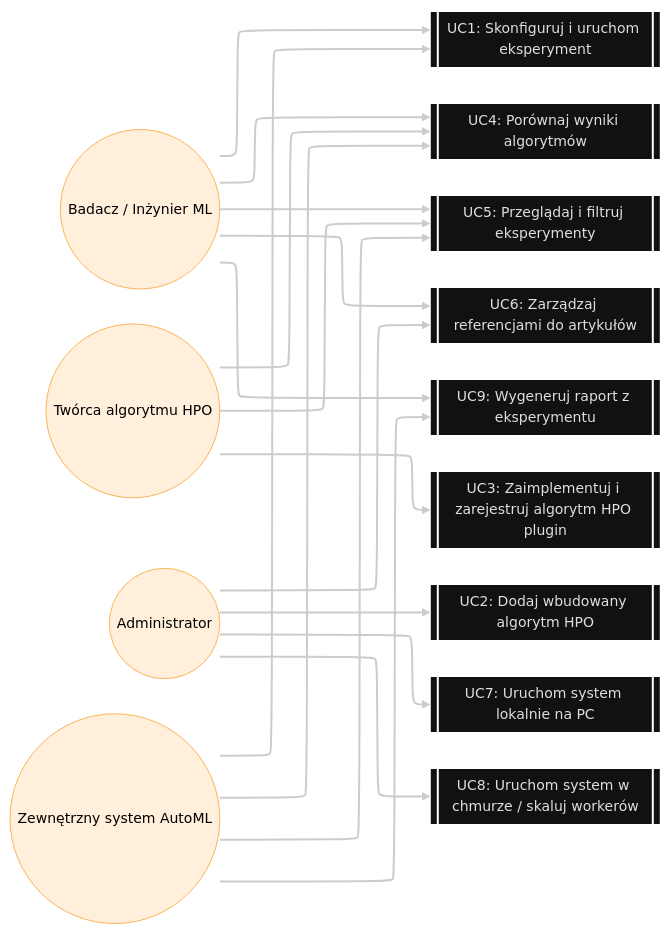
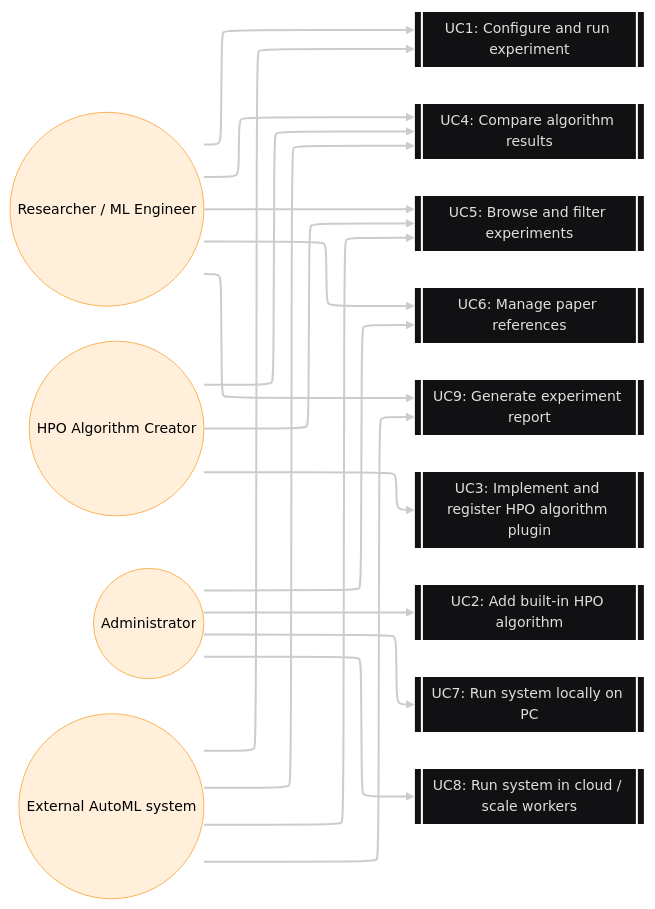
The first of 33 diagrams in docs/requirements/use-cases.md (jedrzejpolaczek/aviarium.corvidae.corvus_corone), drawn with Mermaid before and after one commit. The commit also changed other lines of this file and 21 other files, not shown here.

````diff
--- a/docs/requirements/use-cases.md
+++ b/docs/requirements/use-cases.md
@@ -9,21 +9,21 @@
 ```mermaid
 ---
 config:
   layout: elk
   theme: redux-dark
 ---
 flowchart LR
-    A1(("Badacz / Inżynier ML")) --> UC1[["UC1: Skonfiguruj i uruchom eksperyment"]] & UC4[["UC4: Porównaj wyniki algorytmów"]] & UC5[["UC5: Przeglądaj i filtruj eksperymenty"]] & UC6[["UC6: Zarządzaj referencjami do artykułów"]] & UC9[["UC9: Wygeneruj raport z eksperymentu"]]
-    A2(("Twórca algorytmu HPO")) --> UC3[["UC3: Zaimplementuj i zarejestruj algorytm HPO plugin"]] & UC4 & UC5
-    A3(("Administrator")) --> UC2[["UC2: Dodaj wbudowany algorytm HPO"]] & UC6 & UC7[["UC7: Uruchom system lokalnie na PC"]] & UC8[["UC8: Uruchom system w chmurze / skaluj workerów"]]
-    A4(("Zewnętrzny system AutoML")) --> UC1 & UC4 & UC5 & UC9
+    A1(("Researcher / ML Engineer")) --> UC1[["UC1: Configure and run experiment"]] & UC4[["UC4: Compare algorithm results"]] & UC5[["UC5: Browse and filter experiments"]] & UC6[["UC6: Manage paper references"]] & UC9[["UC9: Generate experiment report"]]
+    A2(("HPO Algorithm Creator")) --> UC3[["UC3: Implement and register HPO algorithm plugin"]] & UC4 & UC5
+    A3(("Administrator")) --> UC2[["UC2: Add built-in HPO algorithm"]] & UC6 & UC7[["UC7: Run system locally on PC"]] & UC8[["UC8: Run system in cloud / scale workers"]]
+    A4(("External AutoML system")) --> UC1 & UC4 & UC5 & UC9
      A1:::Peach
      A2:::Peach
      A3:::Peach
      A4:::Peach
     classDef Peach stroke-width:1px, stroke-dasharray:none, stroke:#FBB35A, fill:#FFEFDB, color:#8F632D
     style A1 color:#000000
     style A2 color:#000000
     style A3 color:#000000
     style A4 color:#000000
 ```
````
